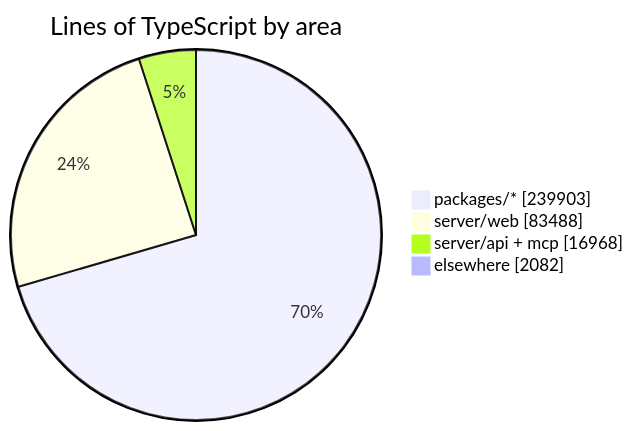
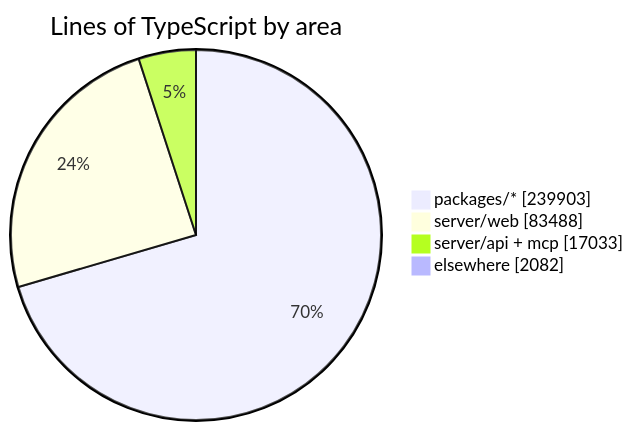
One commit to crossworks-engineering/mantle changed the diagram in README.md. Above: the diagram before and after it, drawn with Mermaid. The commit also changed other lines of this file and 2 other files, not shown here.

````diff
--- a/README.md
+++ b/README.md
@@ -287,7 +287,7 @@
 ```mermaid
 pie showData title Lines of TypeScript by area
     "packages/*" : 239903
     "server/web" : 83488
-    "server/api + mcp" : 16968
+    "server/api + mcp" : 17033
     "elsewhere" : 2082
 ```
````
